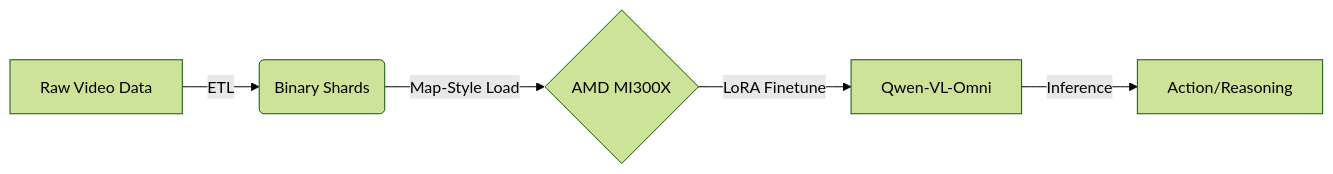
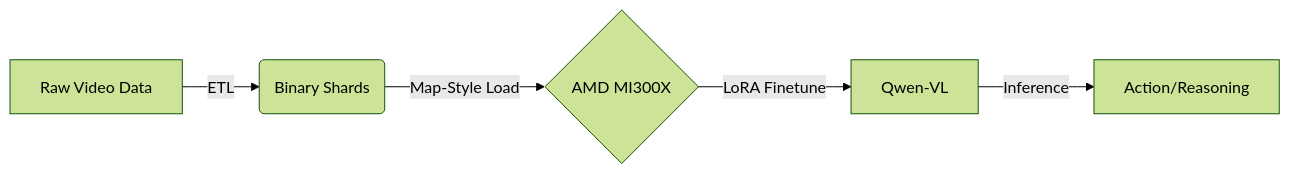
Before and after one commit to poornachandra24/KAIO-SIGHT-: the diagram in README.md, drawn with Mermaid (forest theme). The commit also changed other lines of this file and 11 other files, not shown here.

````diff
--- a/README.md
+++ b/README.md
@@ -150,7 +150,7 @@
 ```mermaid
 graph LR
     A[Raw Video Data] -->|ETL| B(Binary Shards)
     B -->|Map-Style Load| C{AMD MI300X}
-    C -->|LoRA Finetune| D[Qwen-VL-Omni]
+    C -->|LoRA Finetune| D[Qwen-VL]
     D -->|Inference| E[Action/Reasoning]
 ```
````
